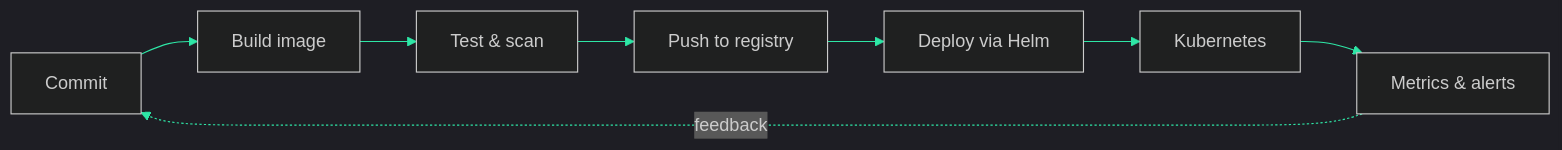
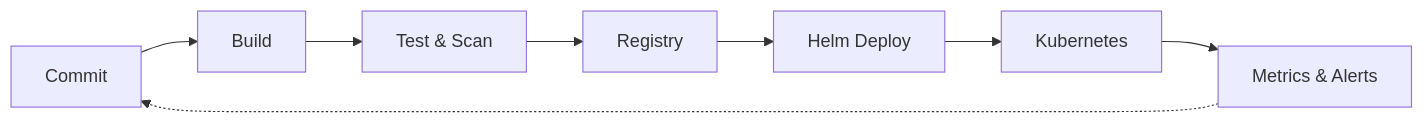
One commit to ShubhamShrestha60/ShubhamShrestha60 changed the diagram in README.md. Above: the diagram before and after it, drawn with Mermaid. The commit also changed other lines of this file, not shown here.

````diff
--- a/README.md
+++ b/README.md
@@ -46,11 +46,10 @@
 ```mermaid
-%%{init: {'theme':'dark','themeVariables':{'primaryColor':'#0F3D5E','primaryTextColor':'#E6EDF3','primaryBorderColor':'#2EE6A6','lineColor':'#2EE6A6','fontFamily':'monospace'}}}%%
 flowchart LR
-    A[Commit] --> B[Build image]
-    B --> C[Test & scan]
-    C --> D[Push to registry]
-    D --> E[Deploy via Helm]
+    A[Commit] --> B[Build]
+    B --> C[Test & Scan]
+    C --> D[Registry]
+    D --> E[Helm Deploy]
     E --> F[Kubernetes]
-    F --> G[Metrics & alerts]
-    G -. feedback .-> A
+    F --> G[Metrics & Alerts]
+    G -.-> A
 ```
````
